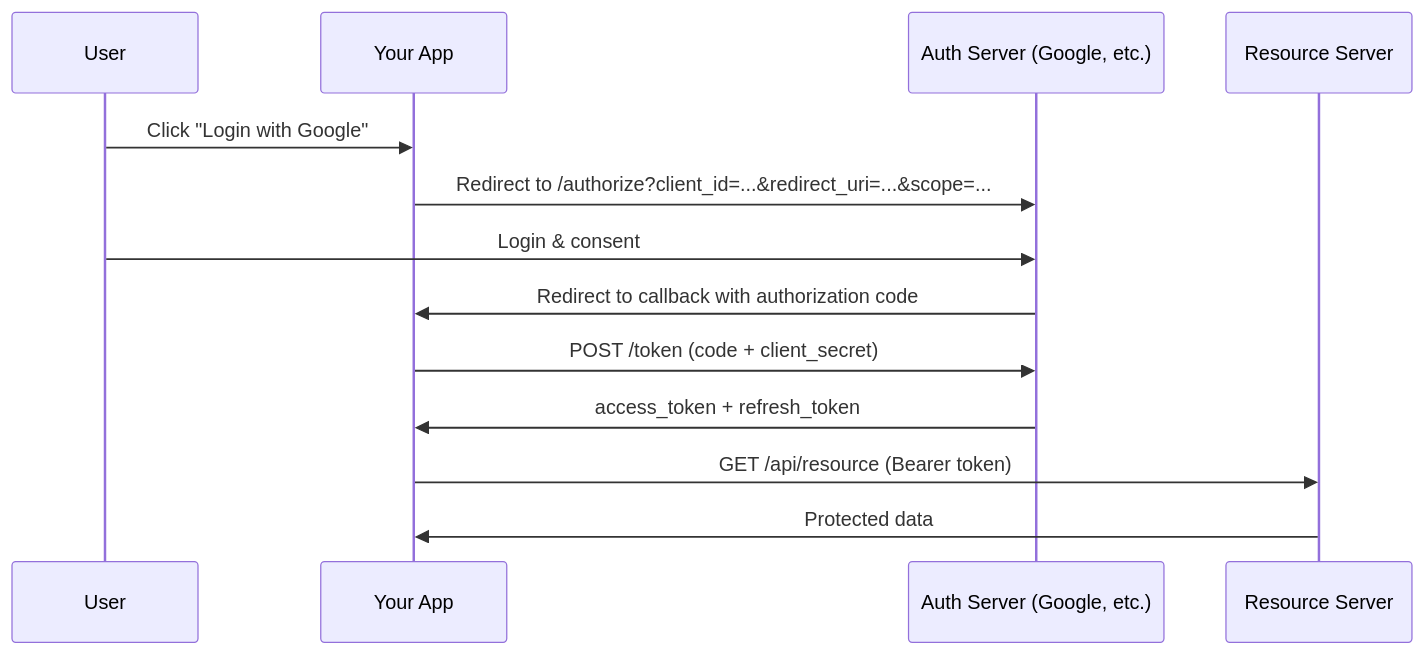
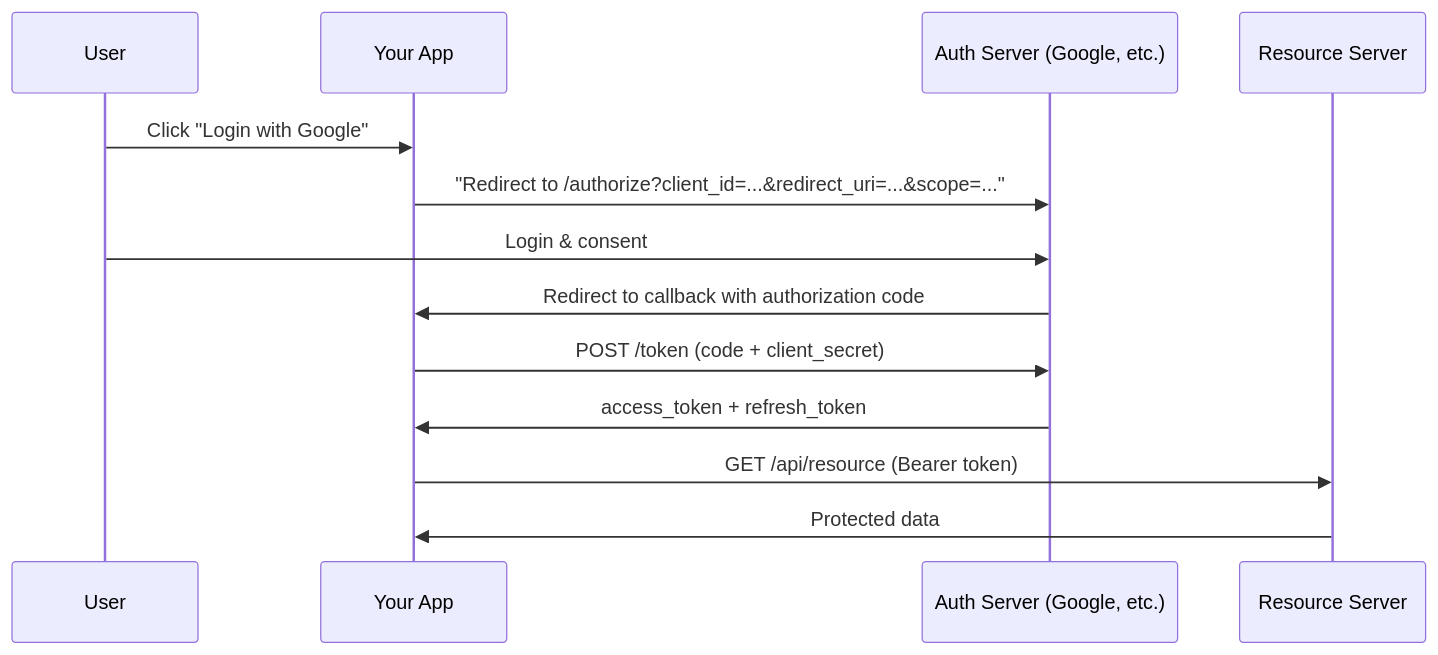
Before and after one commit to spawn08/system-design-interview: the fourth of 5 diagrams in docs/basics/api_design.md, drawn with Mermaid. The commit also changed other lines of this file and 1740 other files, not shown here.

First line of the commit message:
Add new Mermaid diagrams for consensus algorithms and data consistency models

````diff
--- a/docs/basics/api_design.md
+++ b/docs/basics/api_design.md
@@ -772,16 +772,16 @@
 ```mermaid
 sequenceDiagram
     participant U as User
     participant App as Your App
     participant Auth as Auth Server (Google, etc.)
     participant API as Resource Server
 
     U->>App: Click "Login with Google"
-    App->>Auth: Redirect to /authorize?client_id=...&redirect_uri=...&scope=...
+    App->>Auth: "Redirect to /authorize?client_id=...&redirect_uri=...&scope=..."
     U->>Auth: Login & consent
     Auth->>App: Redirect to callback with authorization code
     App->>Auth: POST /token (code + client_secret)
     Auth->>App: access_token + refresh_token
     App->>API: GET /api/resource (Bearer token)
     API->>App: Protected data
 ```
````
